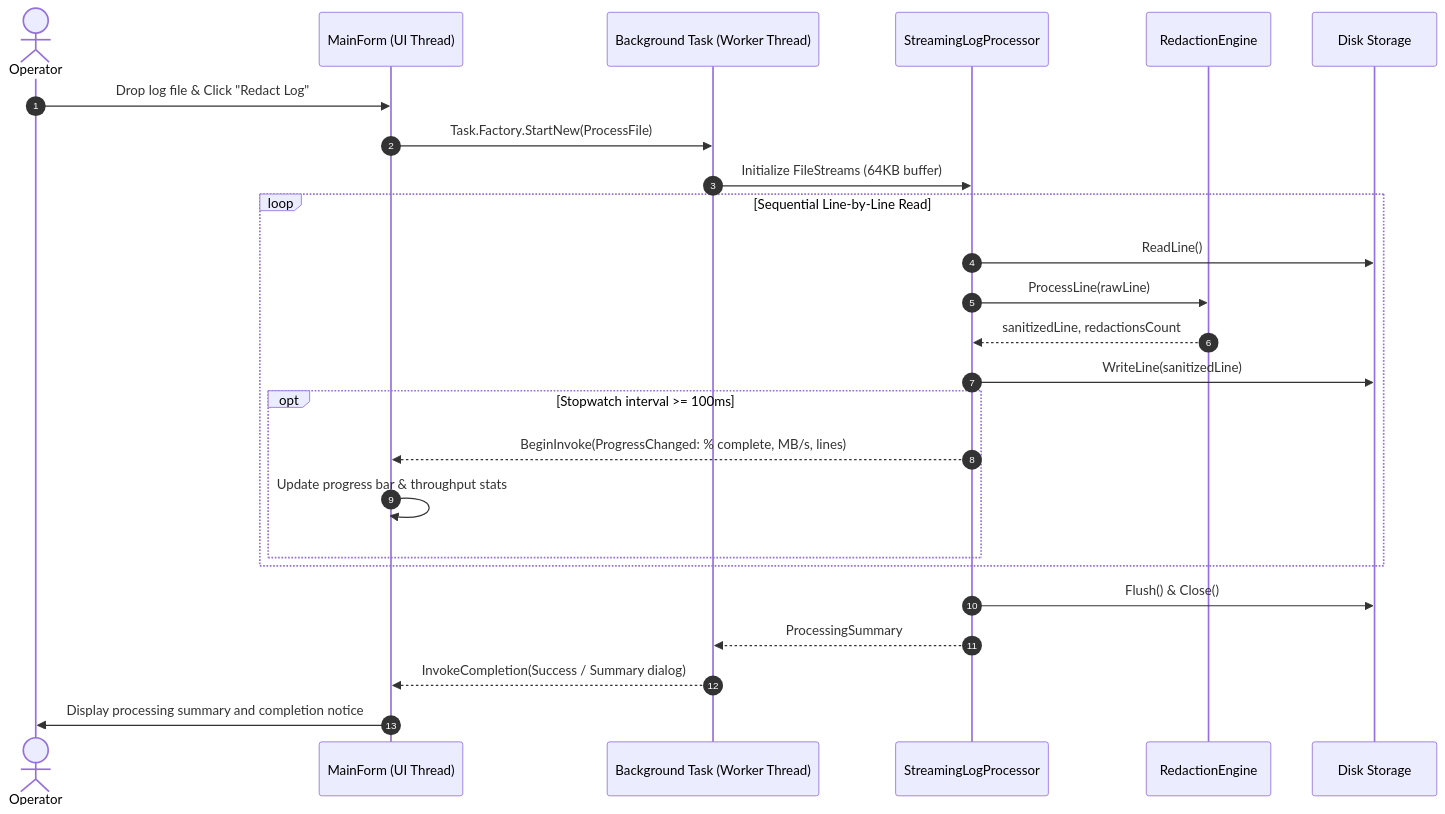
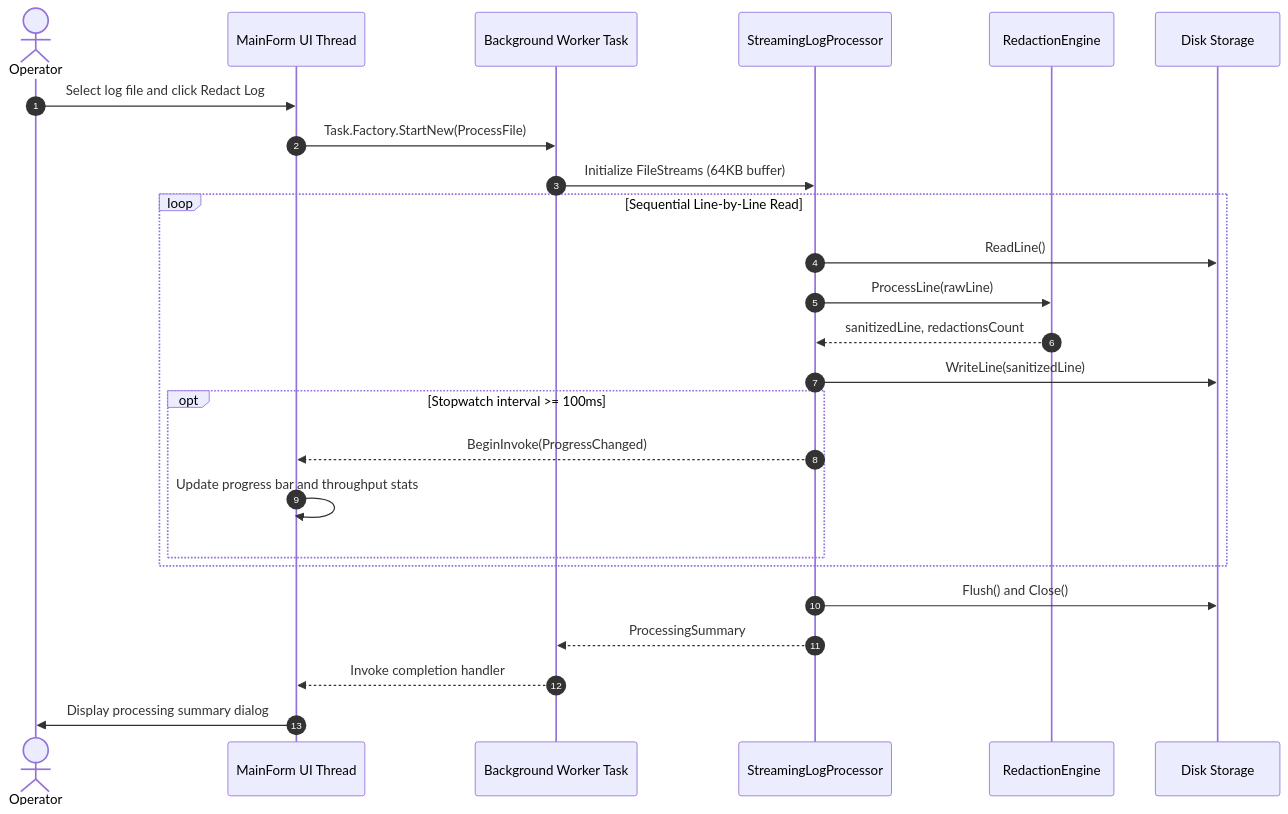
Before and after one commit to bishwajitprasadgond/Log-Redactor: the fourth of 4 diagrams in README.md, drawn with Mermaid. The commit also changed other lines of this file and 4 other files, not shown here.

````diff
--- a/README.md
+++ b/README.md
@@ -101,31 +93,31 @@
 ```mermaid
 sequenceDiagram
     autonumber
     actor User as Operator
-    participant UI as MainForm (UI Thread)
-    participant Worker as Background Task (Worker Thread)
+    participant UI as MainForm UI Thread
+    participant Worker as Background Worker Task
     participant Stream as StreamingLogProcessor
     participant Redactor as RedactionEngine
     participant Disk as Disk Storage
 
-    User->>UI: Drop log file & Click "Redact Log"
+    User->>UI: Select log file and click Redact Log
     UI->>Worker: Task.Factory.StartNew(ProcessFile)
     Worker->>Stream: Initialize FileStreams (64KB buffer)
     
     loop Sequential Line-by-Line Read
         Stream->>Disk: ReadLine()
         Stream->>Redactor: ProcessLine(rawLine)
         Redactor-->>Stream: sanitizedLine, redactionsCount
         Stream->>Disk: WriteLine(sanitizedLine)
         
         opt Stopwatch interval >= 100ms
-            Stream-->>UI: BeginInvoke(ProgressChanged: % complete, MB/s, lines)
-            UI->>UI: Update progress bar & throughput stats
+            Stream-->>UI: BeginInvoke(ProgressChanged)
+            UI->>UI: Update progress bar and throughput stats
         end
     end
 
-    Stream->>Disk: Flush() & Close()
+    Stream->>Disk: Flush() and Close()
     Stream-->>Worker: ProcessingSummary
-    Worker-->>UI: InvokeCompletion(Success / Summary dialog)
-    UI->>User: Display processing summary and completion notice
+    Worker-->>UI: Invoke completion handler
+    UI->>User: Display processing summary dialog
 ```
````
